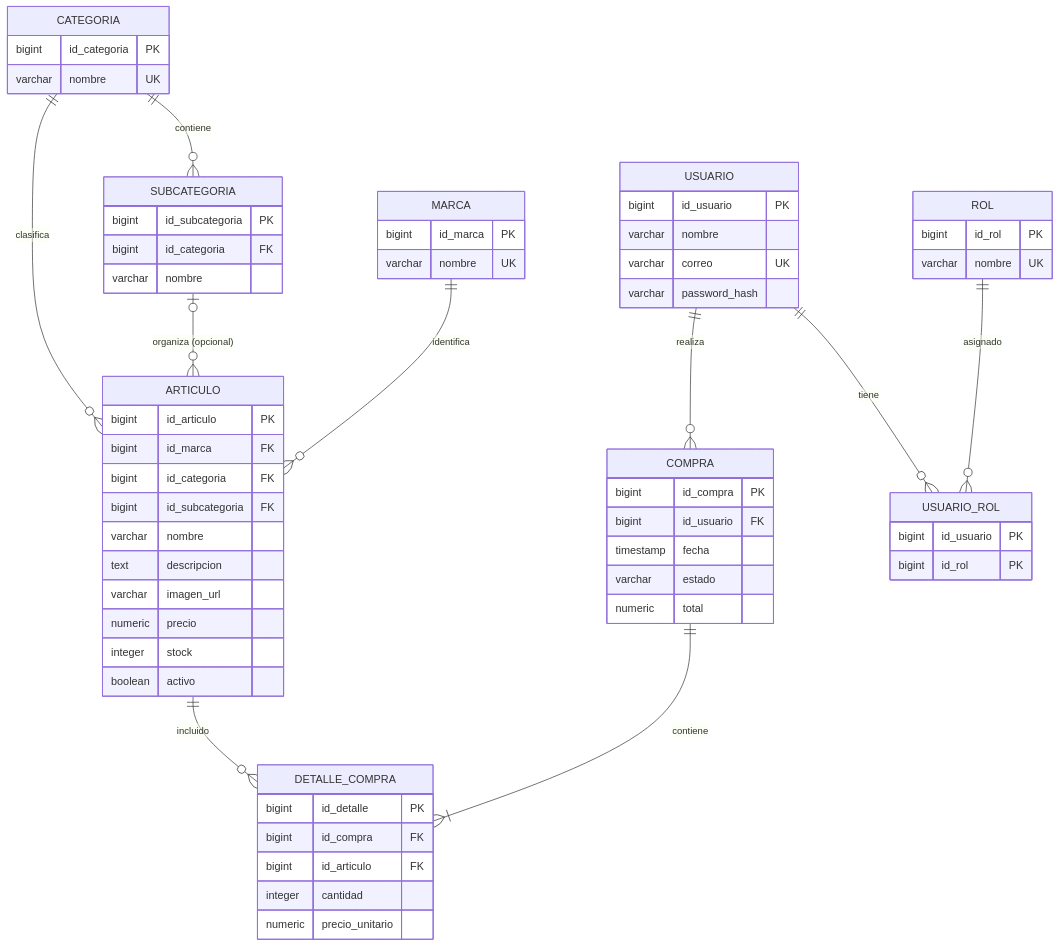
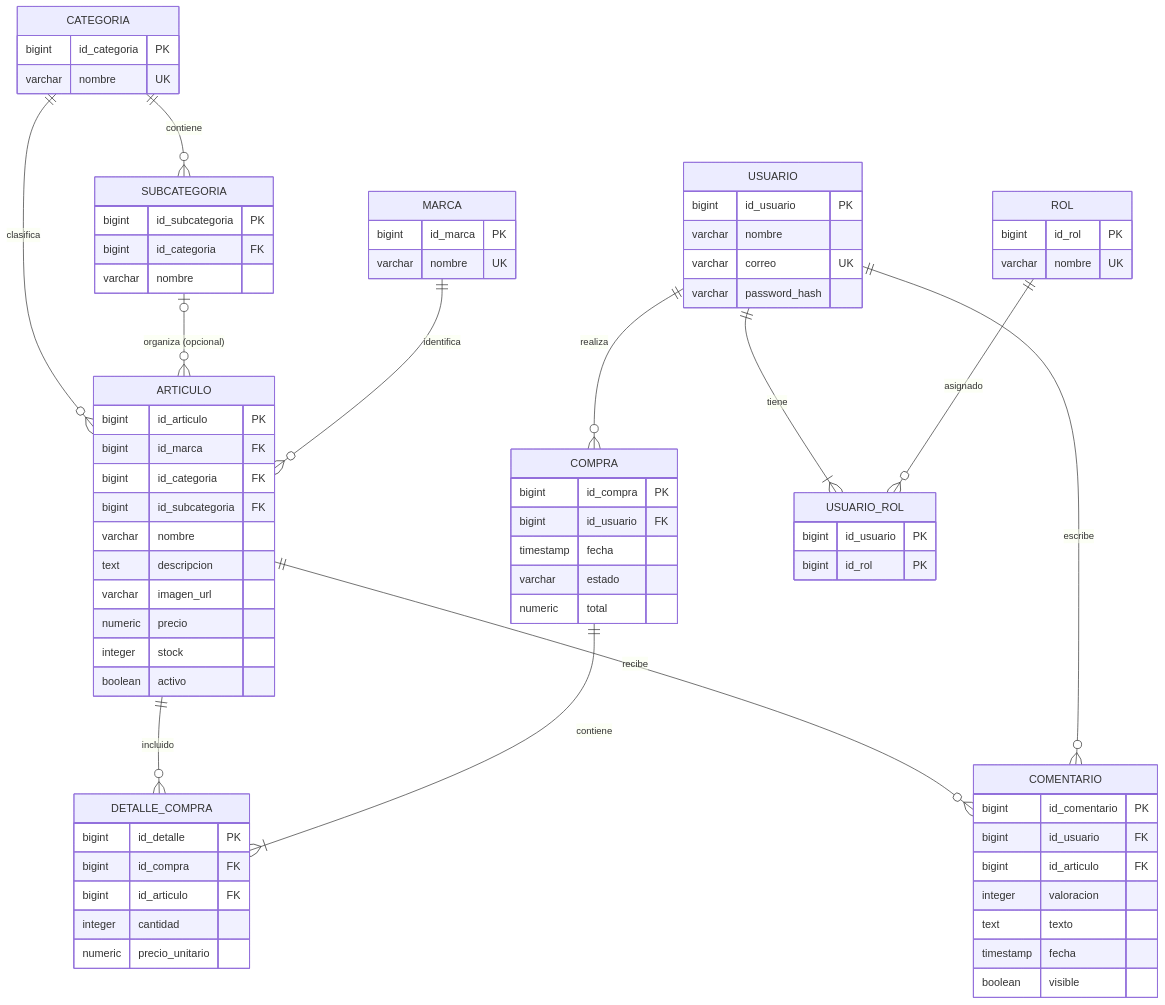
One commit to DavidRGR/tienda-informatica-spring changed the diagram in README.md. Above: the diagram before and after it, drawn with Mermaid.

Commit message:
Se ha actualizado el Readme con la nueva entidad

````diff
--- a/README.md
+++ b/README.md
@@ -18,66 +18,77 @@
 ```mermaid
 erDiagram
   CATEGORIA ||--o{ SUBCATEGORIA : contiene
   CATEGORIA ||--o{ ARTICULO : clasifica
   SUBCATEGORIA |o--o{ ARTICULO : "organiza (opcional)"
   MARCA ||--o{ ARTICULO : identifica
   ARTICULO ||--o{ DETALLE_COMPRA : incluido
   COMPRA ||--|{ DETALLE_COMPRA : contiene
   USUARIO ||--o{ COMPRA : realiza
-  USUARIO ||--o{ USUARIO_ROL : tiene
+  USUARIO ||--|{ USUARIO_ROL : tiene
   ROL ||--o{ USUARIO_ROL : asignado
+  ARTICULO ||--o{ COMENTARIO : recibe
+  USUARIO ||--o{ COMENTARIO : escribe
 
   CATEGORIA {
     bigint id_categoria PK
     varchar nombre UK
   }
   SUBCATEGORIA {
     bigint id_subcategoria PK
     bigint id_categoria FK
     varchar nombre
   }
   MARCA {
     bigint id_marca PK
     varchar nombre UK
   }
   ARTICULO {
     bigint id_articulo PK
     bigint id_marca FK
     bigint id_categoria FK
     bigint id_subcategoria FK
     varchar nombre
     text descripcion
     varchar imagen_url
     numeric precio
     integer stock
     boolean activo
   }
   USUARIO {
     bigint id_usuario PK
     varchar nombre
     varchar correo UK
     varchar password_hash
   }
   ROL {
     bigint id_rol PK
     varchar nombre UK
   }
   USUARIO_ROL {
     bigint id_usuario PK
     bigint id_rol PK
   }
   COMPRA {
     bigint id_compra PK
     bigint id_usuario FK
     timestamp fecha
     varchar estado
     numeric total
   }
   DETALLE_COMPRA {
     bigint id_detalle PK
     bigint id_compra FK
     bigint id_articulo FK
     integer cantidad
     numeric precio_unitario
   }
+  COMENTARIO {
+    bigint id_comentario PK
+    bigint id_usuario FK
+    bigint id_articulo FK
+    integer valoracion
+    text texto
+    timestamp fecha
+    boolean visible
+  }
 ```
````
